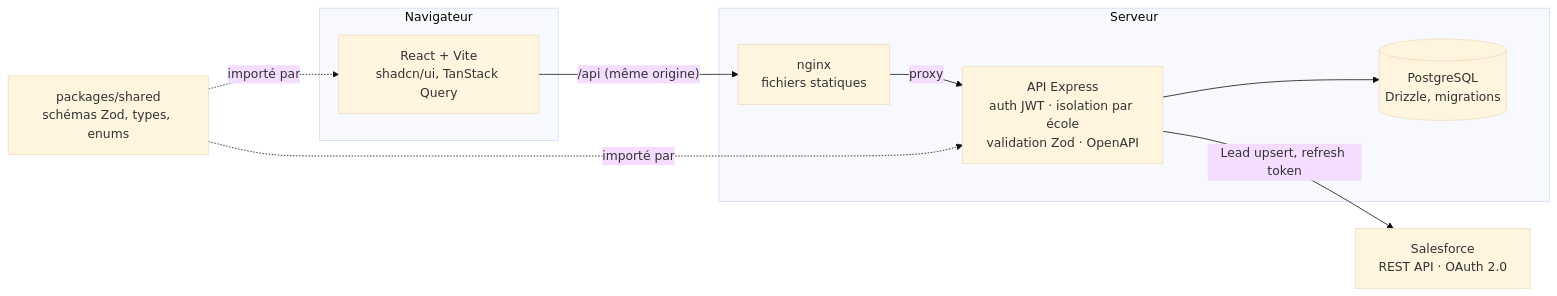
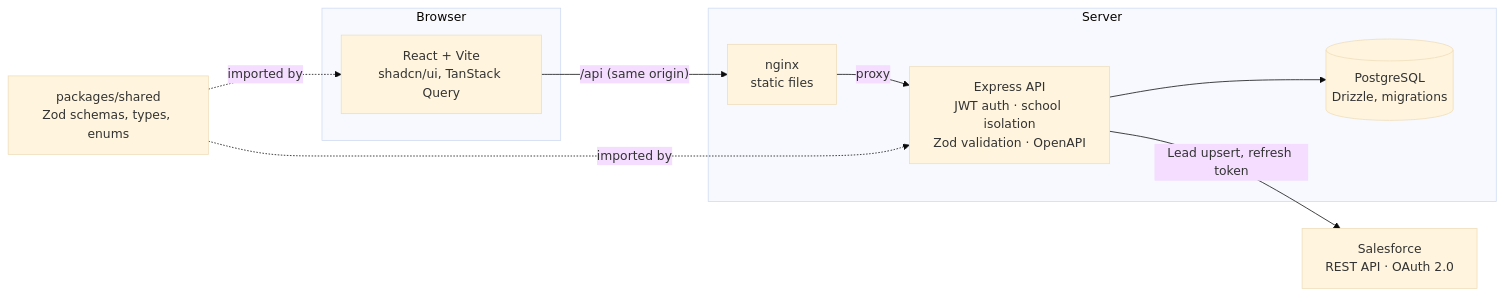
Before and after one commit to Lachetquentin/admissions-hub: the diagram in README.md, drawn with Mermaid (base theme). The commit also changed other lines of this file and 45 other files, not shown here.

````diff
--- a/README.md
+++ b/README.md
@@ -25,20 +28,20 @@
 ```mermaid
 flowchart LR
-    subgraph Navigateur
+    subgraph Browser
         Web["React + Vite<br/>shadcn/ui, TanStack Query"]
     end
-    subgraph Serveur
-        Nginx["nginx<br/>fichiers statiques"]
-        API["API Express<br/>auth JWT · isolation par école<br/>validation Zod · OpenAPI"]
+    subgraph Server
+        Nginx["nginx<br/>static files"]
+        API["Express API<br/>JWT auth · school isolation<br/>Zod validation · OpenAPI"]
         DB[("PostgreSQL<br/>Drizzle, migrations")]
     end
     SF["Salesforce<br/>REST API · OAuth 2.0"]
-    Shared["packages/shared<br/>schémas Zod, types, enums"]
+    Shared["packages/shared<br/>Zod schemas, types, enums"]
 
-    Web -- "/api (même origine)" --> Nginx
+    Web -- "/api (same origin)" --> Nginx
     Nginx -- proxy --> API
     API --> DB
     API -- "Lead upsert, refresh token" --> SF
-    Shared -. importé par .-> Web
-    Shared -. importé par .-> API
+    Shared -. imported by .-> Web
+    Shared -. imported by .-> API
 ```
````
